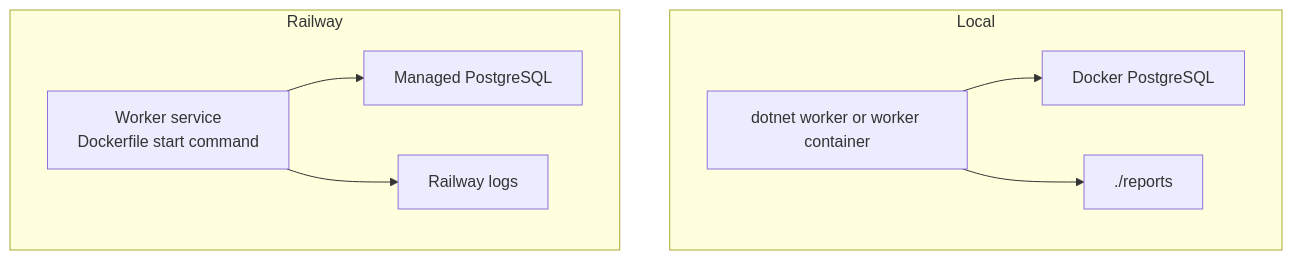
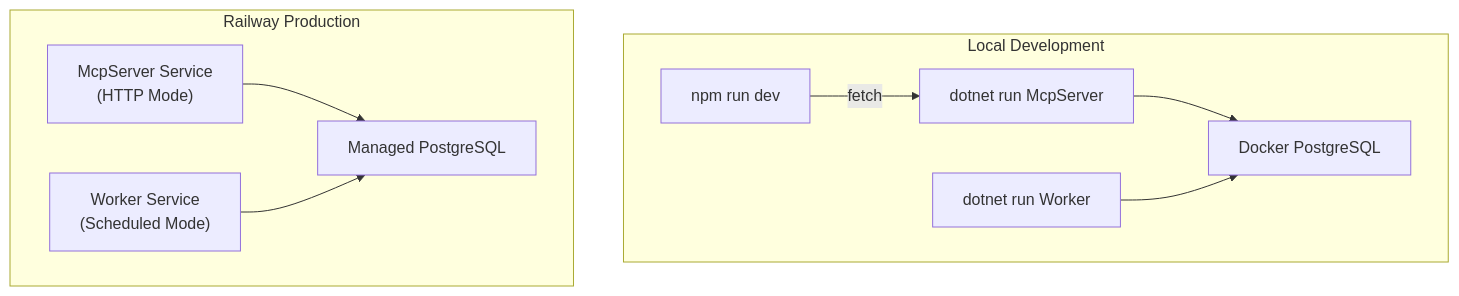
Before and after one commit to ekanatha-urivakili/AiJobSearchAgent: the second of 6 diagrams in docs/job-search-agent-architecture.md, drawn with Mermaid. The commit also changed other lines of this file and 21 other files, not shown here.

````diff
--- a/docs/job-search-agent-architecture.md
+++ b/docs/job-search-agent-architecture.md
@@ -36,18 +61,20 @@
 ```mermaid
 flowchart TB
-    subgraph Local["Local"]
-        LocalWorker["dotnet worker or worker container"]
+    subgraph Local["Local Development"]
+        DevMcp["dotnet run McpServer"]
+        DevWorker["dotnet run Worker"]
+        DevUI["npm run dev"]
         LocalPg["Docker PostgreSQL"]
-        LocalReports["./reports"]
-        LocalWorker --> LocalPg
-        LocalWorker --> LocalReports
+        DevMcp --> LocalPg
+        DevWorker --> LocalPg
+        DevUI -- fetch --> DevMcp
     end
 
-    subgraph Railway["Railway"]
-        RailwayWorker["Worker service\nDockerfile start command"]
+    subgraph Railway["Railway Production"]
+        RailwayMcp["McpServer Service\n(HTTP Mode)"]
+        RailwayWorker["Worker Service\n(Scheduled Mode)"]
         RailwayPg["Managed PostgreSQL"]
-        RailwayLogs["Railway logs"]
+        RailwayMcp --> RailwayPg
         RailwayWorker --> RailwayPg
-        RailwayWorker --> RailwayLogs
     end
 ```
````
